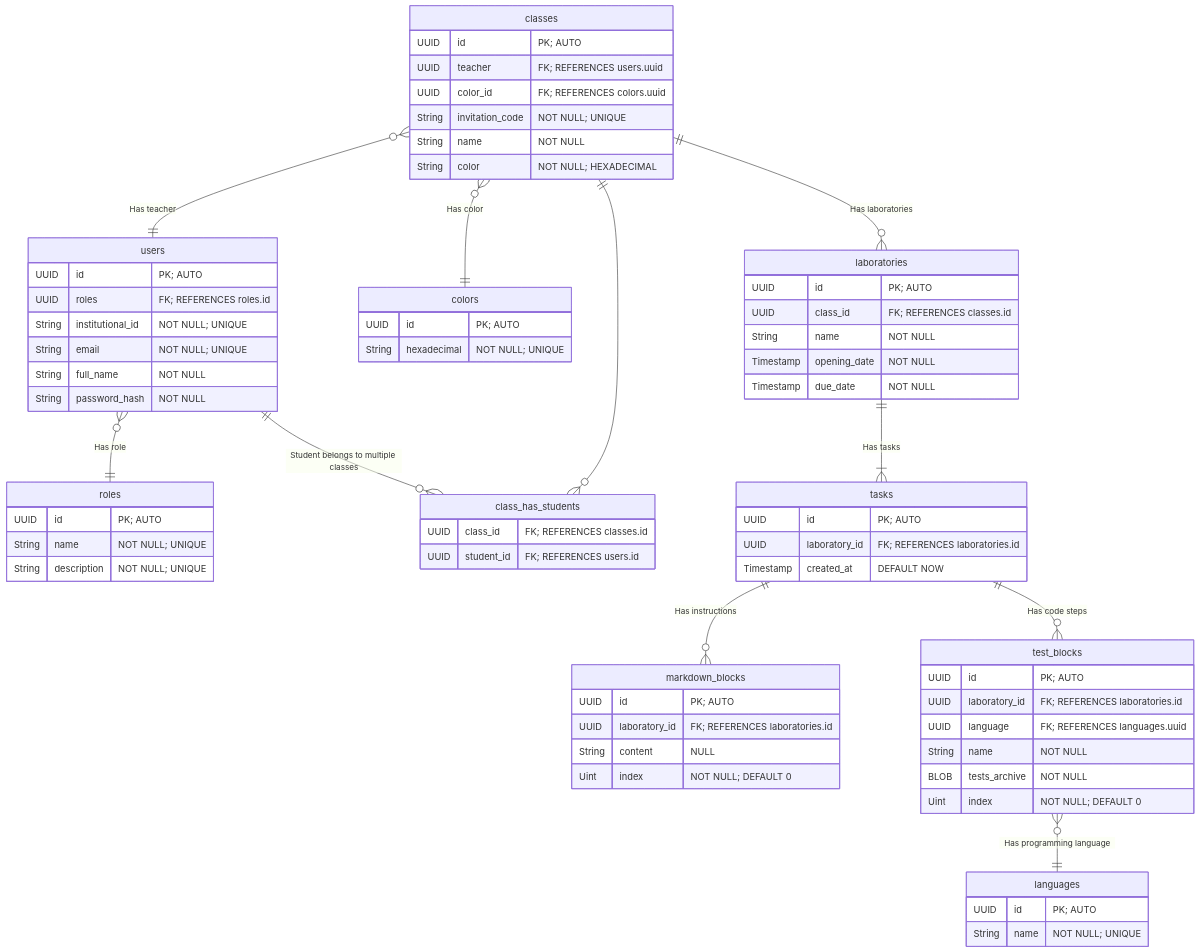
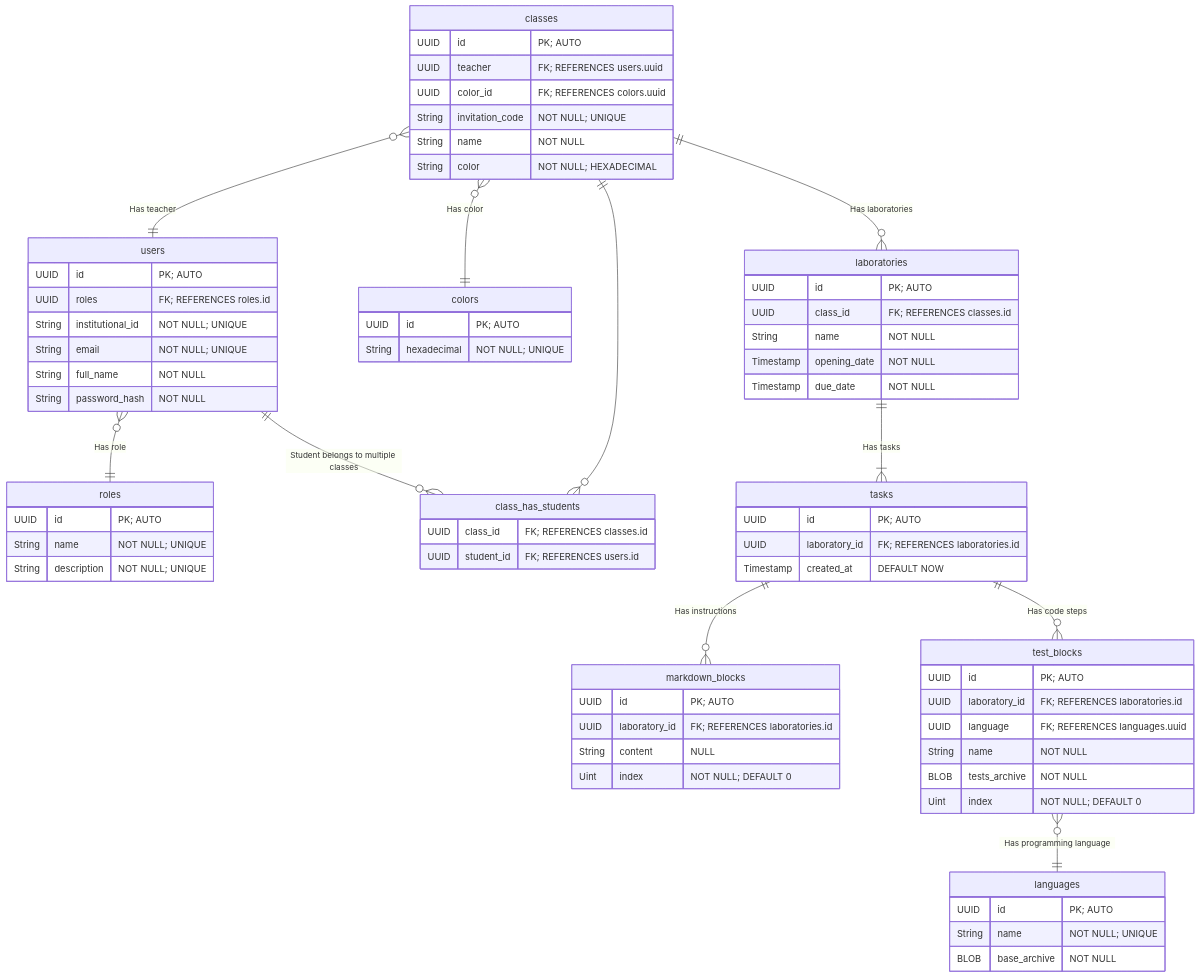
Before and after one commit to upb-code-labs/docs: the diagram in diagrams/database/database.md, drawn with Mermaid. The commit also changed other lines of this file, not shown here.

Commit message:
docs(db): Add base archive column on laboratories

````diff
--- a/diagrams/database/database.md
+++ b/diagrams/database/database.md
@@ -78,7 +78,8 @@
     }
 
     languages {
-        UUID        id          "PK; AUTO"
-        String      name        "NOT NULL; UNIQUE"
+        UUID        id              "PK; AUTO"
+        String      name            "NOT NULL; UNIQUE"
+        BLOB        base_archive    "NOT NULL"
     }
 ```
````
